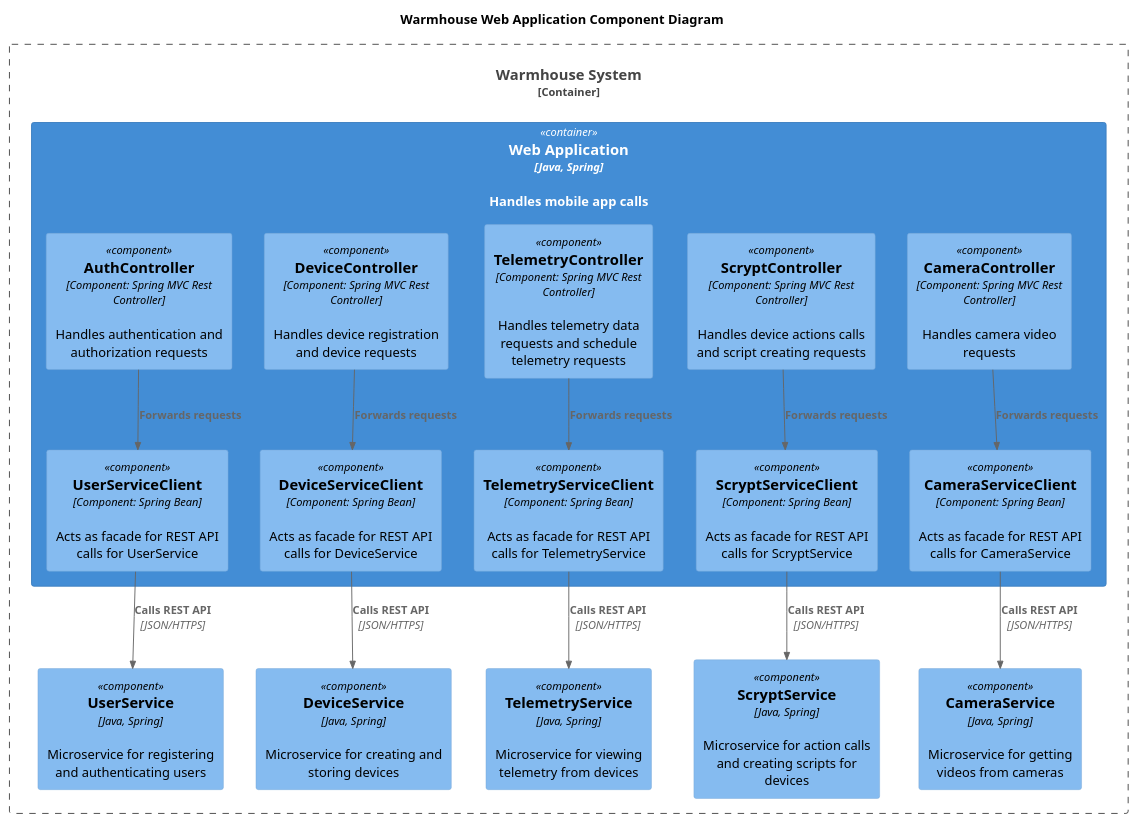
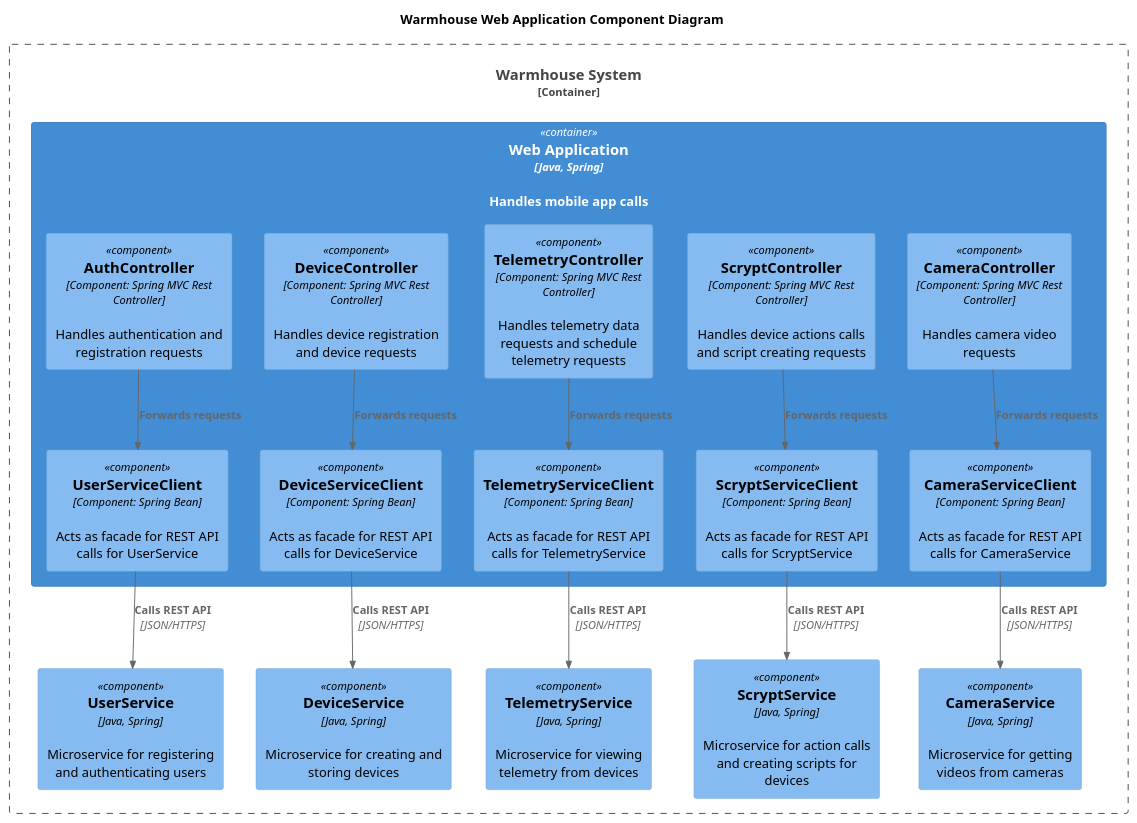
One commit to frobbery/architecture-warmhouse changed the diagram in diagrams/component/webapp-component.puml. Above: the diagram before and after it, drawn with PlantUML. The commit also changed 9 other files, not shown here.

```diff
--- a/diagrams/component/webapp-component.puml
+++ b/diagrams/component/webapp-component.puml
@@ -1,41 +1,41 @@
 @startuml
 title Warmhouse Web Application Component Diagram
 
 top to bottom direction
 
 !include ../templates/C4_Component.puml
 
 Container_Boundary(WarmhouseSystem, "Warmhouse System") {
   Container(WebApp, "Web Application", "Java, Spring", "Handles mobile app calls")
   Component(UserService, "UserService", "Java, Spring", "Microservice for registering and authenticating users")
   Component(DeviceService, "DeviceService", "Java, Spring", "Microservice for creating and storing devices")
   Component(TelemetryService, "TelemetryService", "Java, Spring", "Microservice for viewing telemetry from devices")
   Component(ScryptService, "ScryptService", "Java, Spring", "Microservice for action calls and creating scripts for devices")
   Component(CameraService, "CameraService", "Java, Spring", "Microservice for getting videos from cameras")
 }
 
 Container(WebApp, "Web Application", "Java, Spring") {
-  Component(AuthController, "AuthController", "Component: Spring MVC Rest Controller", "Handles authentication and authorization requests")
+  Component(AuthController, "AuthController", "Component: Spring MVC Rest Controller", "Handles authentication and registration requests")
   Component(UserServiceClient, "UserServiceClient", "Component: Spring Bean", "Acts as facade for REST API calls for UserService")
   Component(DeviceController, "DeviceController", "Component: Spring MVC Rest Controller", "Handles device registration and device requests")
   Component(DeviceServiceClient, "DeviceServiceClient", "Component: Spring Bean", "Acts as facade for REST API calls for DeviceService")
   Component(TelemetryController, "TelemetryController", "Component: Spring MVC Rest Controller", "Handles telemetry data requests and schedule telemetry requests")
   Component(TelemetryServiceClient, "TelemetryServiceClient", "Component: Spring Bean", "Acts as facade for REST API calls for TelemetryService")
   Component(ScryptController, "ScryptController", "Component: Spring MVC Rest Controller", "Handles device actions calls and script creating requests")
   Component(ScryptServiceClient, "ScryptServiceClient", "Component: Spring Bean", "Acts as facade for REST API calls for ScryptService")
   Component(CameraController, "CameraController", "Component: Spring MVC Rest Controller", "Handles camera video requests")
   Component(CameraServiceClient, "CameraServiceClient", "Component: Spring Bean",  "Acts as facade for REST API calls for CameraService")
 }
 
 Rel(AuthController,UserServiceClient,"Forwards requests")
 Rel(UserServiceClient,UserService,"Calls REST API", "JSON/HTTPS")
 Rel(DeviceController,DeviceServiceClient,"Forwards requests")
 Rel(DeviceServiceClient,DeviceService,"Calls REST API", "JSON/HTTPS")
 Rel(TelemetryController,TelemetryServiceClient,"Forwards requests")
 Rel(TelemetryServiceClient,TelemetryService,"Calls REST API", "JSON/HTTPS")
 Rel(ScryptController,ScryptServiceClient,"Forwards requests")
 Rel(ScryptServiceClient,ScryptService,"Calls REST API", "JSON/HTTPS")
 Rel(CameraController,CameraServiceClient,"Forwards requests")
 Rel(CameraServiceClient,CameraService,"Calls REST API", "JSON/HTTPS")
 
 @enduml
```
